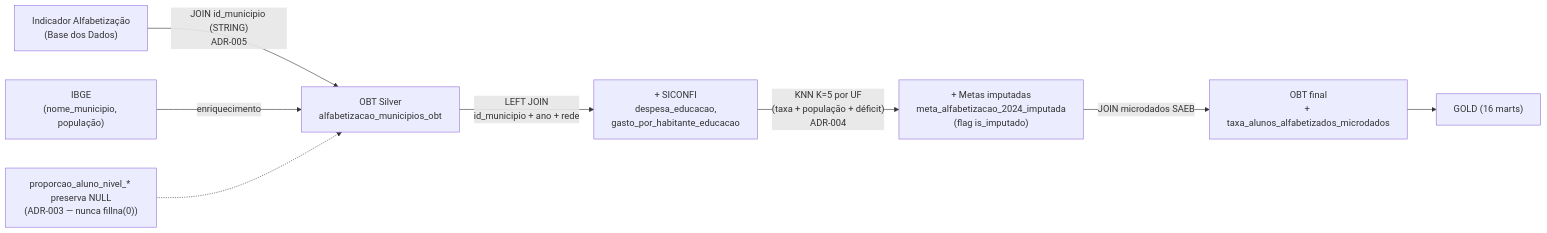
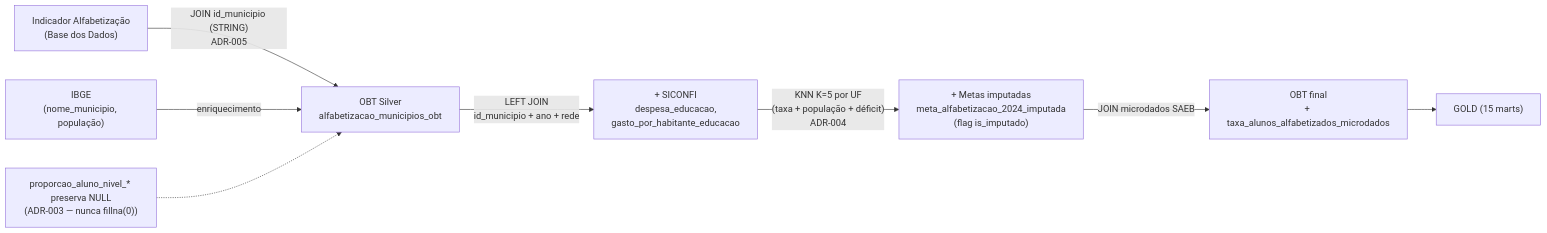
One commit to alfabetizacao-datateam/tech-challenge-fase2-alfabetizacao changed the second of 3 diagrams in docs/DIAGRAMA_PIPELINE.md. Above: the diagram before and after it, drawn with Mermaid. The commit also changed other lines of this file and 12 other files, not shown here.

````diff
--- a/docs/DIAGRAMA_PIPELINE.md
+++ b/docs/DIAGRAMA_PIPELINE.md
@@ -80,12 +80,12 @@
 ```mermaid
 flowchart LR
     A["Indicador Alfabetização\n(Base dos Dados)"] -->|"JOIN id_municipio (STRING)\nADR-005"| B["OBT Silver\nalfabetizacao_municipios_obt"]
     IBGE["IBGE\n(nome_municipio, população)"] -->|"enriquecimento"| B
     B -->|"LEFT JOIN\nid_municipio + ano + rede"| C["+ SICONFI\ndespesa_educacao,\ngasto_por_habitante_educacao"]
     C -->|"KNN K=5 por UF\n(taxa + população + déficit)\nADR-004"| D["+ Metas imputadas\nmeta_alfabetizacao_2024_imputada\n(flag is_imputado)"]
     D -->|"JOIN microdados SAEB"| E["OBT final\n+ taxa_alunos_alfabetizados_microdados"]
-    E --> F["GOLD (16 marts)"]
+    E --> F["GOLD (15 marts)"]
 
     note1["proporcao_aluno_nivel_* preserva NULL\n(ADR-003 — nunca fillna(0))"]
     note1 -.-> B
 ```
````
